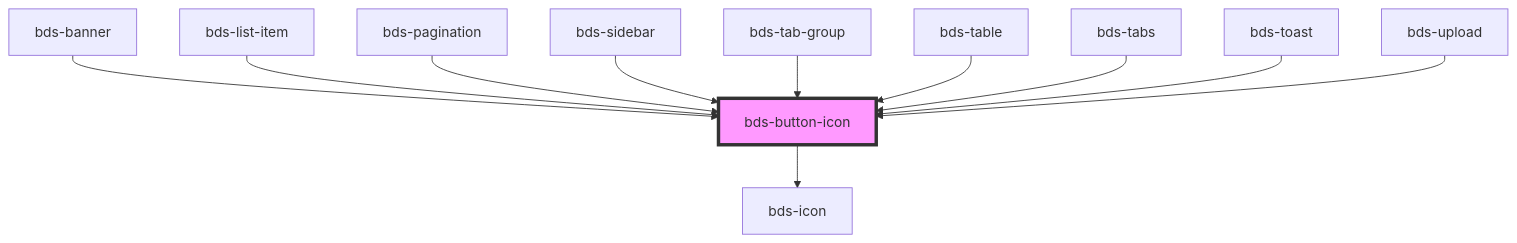
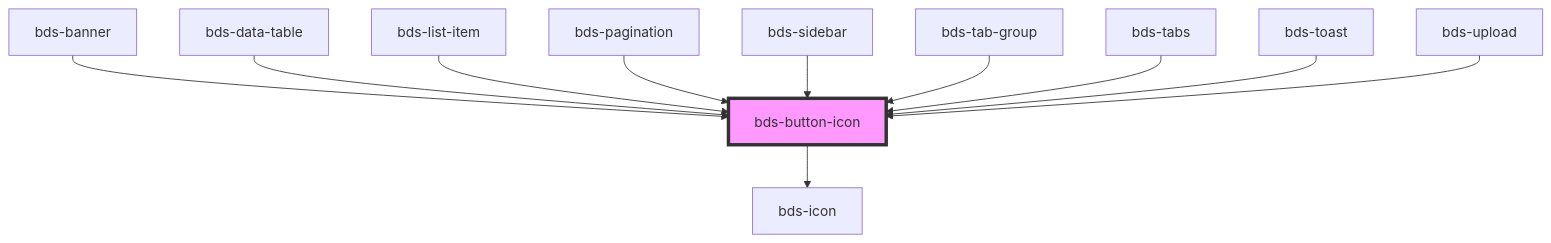
One commit to takenet/blip-ds changed the diagram in src/components/icon-button/readme.md. Above: the diagram before and after it, drawn with Mermaid. The commit also changed other lines of this file and 28 other files, not shown here.

Commit message:
feat(table): added new table data and custom table

````diff
--- a/src/components/icon-button/readme.md
+++ b/src/components/icon-button/readme.md
@@ -38,14 +38,14 @@
 ```mermaid
 graph TD;
   bds-button-icon --> bds-icon
   bds-banner --> bds-button-icon
+  bds-data-table --> bds-button-icon
   bds-list-item --> bds-button-icon
   bds-pagination --> bds-button-icon
   bds-sidebar --> bds-button-icon
   bds-tab-group --> bds-button-icon
-  bds-table --> bds-button-icon
   bds-tabs --> bds-button-icon
   bds-toast --> bds-button-icon
   bds-upload --> bds-button-icon
   style bds-button-icon fill:#f9f,stroke:#333,stroke-width:4px
 ```
````
